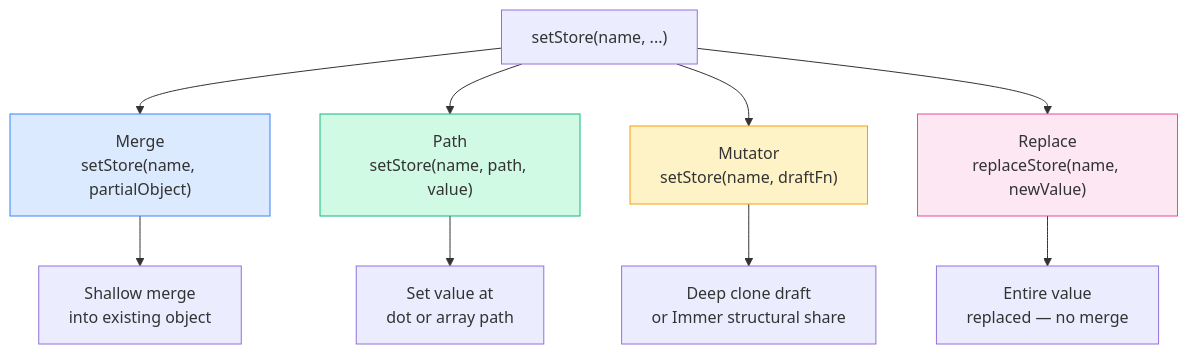
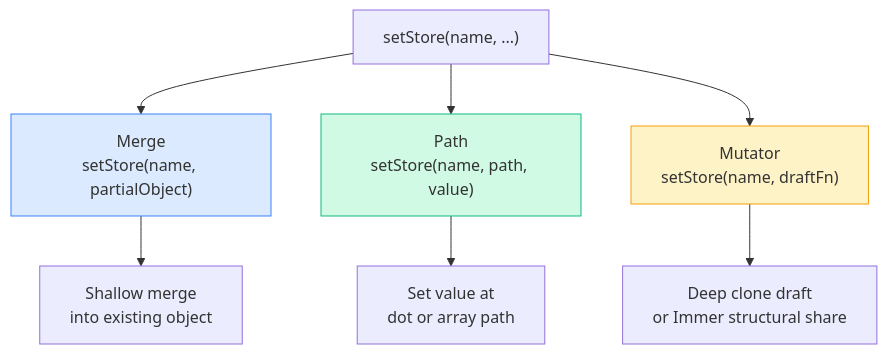
Before and after one commit to Himesh-Bhattarai/stroid: the third of 10 diagrams in docs/STROID_CORE/INDEX.md, drawn with Mermaid. The commit also changed other lines of this file and 24 other files, not shown here.

````diff
--- a/docs/STROID_CORE/INDEX.md
+++ b/docs/STROID_CORE/INDEX.md
@@ -153,19 +153,15 @@
 ```mermaid
 flowchart TD
     SET["setStore(name, ...)"]
 
     SET --> M1["Merge\nsetStore(name, partialObject)"]
     SET --> M2["Path\nsetStore(name, path, value)"]
     SET --> M3["Mutator\nsetStore(name, draftFn)"]
-    SET --> M4["Replace\nreplaceStore(name, newValue)"]
-
     M1 --> R1["Shallow merge\ninto existing object"]
     M2 --> R2["Set value at\ndot or array path"]
     M3 --> R3["Deep clone draft\nor Immer structural share"]
-    M4 --> R4["Entire value\nreplaced — no merge"]
 
     style M1 fill:#dbeafe,stroke:#3b82f6
     style M2 fill:#d1fae5,stroke:#10b981
     style M3 fill:#fef3c7,stroke:#f59e0b
-    style M4 fill:#fce7f3,stroke:#ec4899
 ```
````
